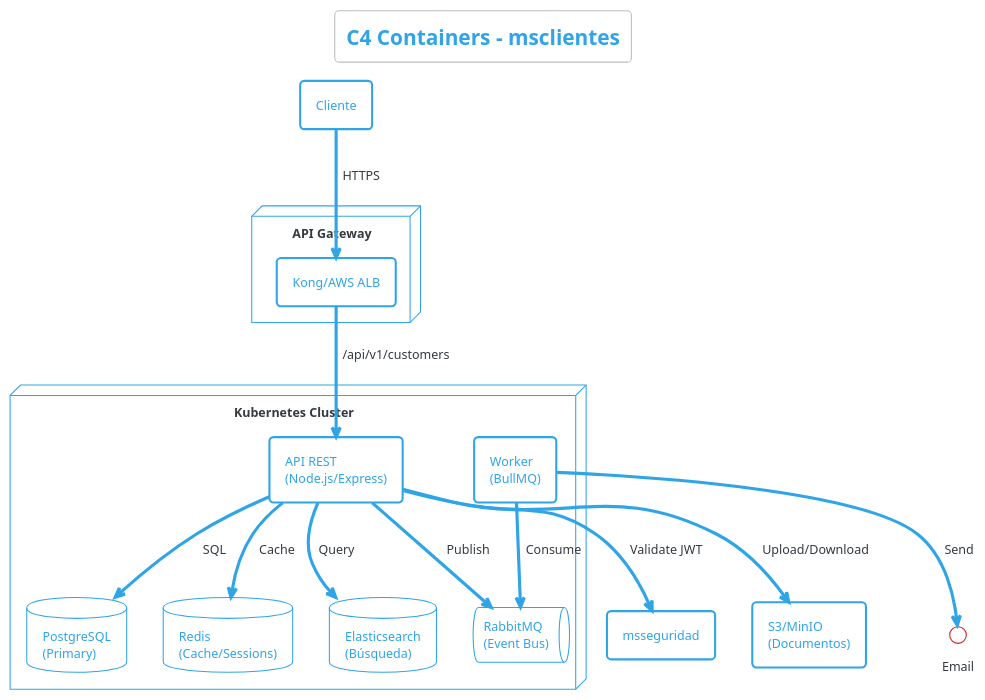
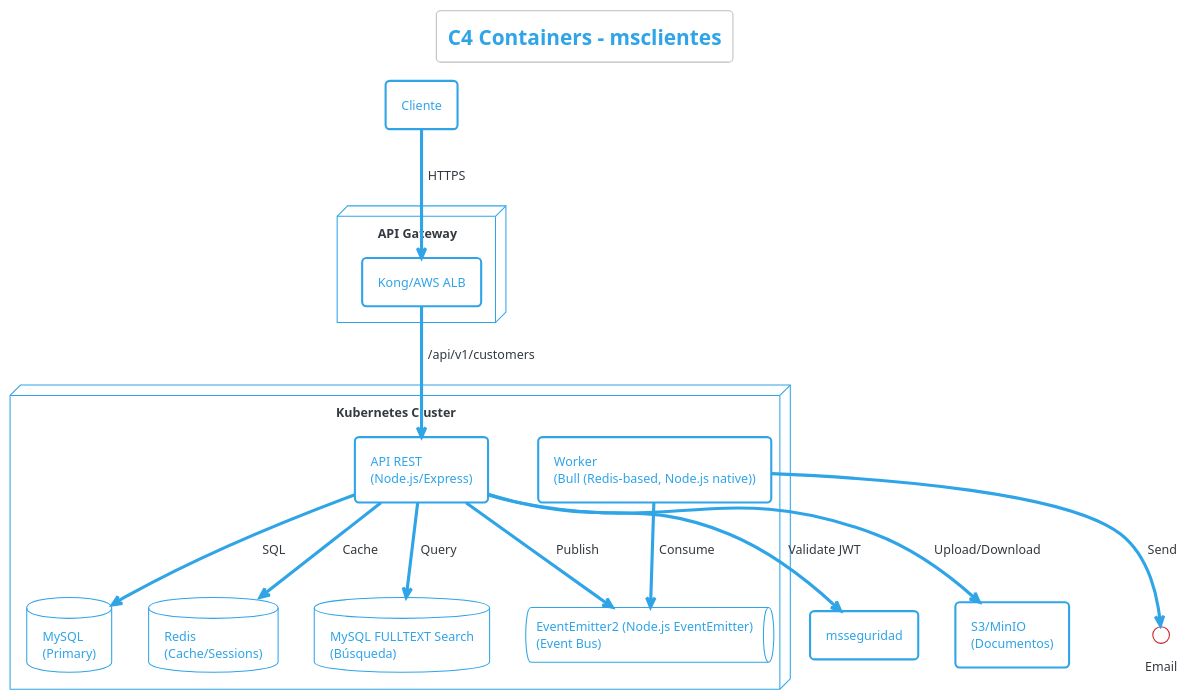
One commit to eugarte/msclientes changed the second of 7 diagrams in docs/PROPUESTA_IMPLEMENTACION.md. Above: the diagram before and after it, drawn with PlantUML. The commit also changed other lines of this file, not shown here.

Commit message:
docs: actualizar stack a MySQL + componentes Node.js nativos

````diff
--- a/docs/PROPUESTA_IMPLEMENTACION.md
+++ b/docs/PROPUESTA_IMPLEMENTACION.md
@@ -87,39 +87,39 @@
 ```plantuml
 @startuml
 !theme cerulean-outline
 
 title C4 Containers - msclientes
 
 rectangle "Cliente" as Customer
 
 node "API Gateway" {
     rectangle "Kong/AWS ALB" as Gateway
 }
 
 node "Kubernetes Cluster" {
     rectangle "API REST\n(Node.js/Express)" as API
-    rectangle "Worker\n(BullMQ)" as Worker
+    rectangle "Worker\n(Bull (Redis-based, Node.js native))" as Worker
     
-    database "PostgreSQL\n(Primary)" as PG
+    database "MySQL\n(Primary)" as PG
     database "Redis\n(Cache/Sessions)" as Redis
-    database "Elasticsearch\n(Búsqueda)" as ES
+    database "MySQL FULLTEXT Search\n(Búsqueda)" as ES
     
-    queue "RabbitMQ\n(Event Bus)" as MQ
+    queue "EventEmitter2 (Node.js EventEmitter)\n(Event Bus)" as MQ
 }
 
 rectangle "msseguridad" as Auth
 rectangle "S3/MinIO\n(Documentos)" as S3
 
 Customer --> Gateway : "HTTPS"
 Gateway --> API : "/api/v1/customers"
 API --> PG : "SQL"
 API --> Redis : "Cache"
 API --> ES : "Query"
 API --> MQ : "Publish"
 API --> Auth : "Validate JWT"
 API --> S3 : "Upload/Download"
 Worker --> MQ : "Consume"
 Worker --> Email : "Send"
 
 @enduml
 ```
````
